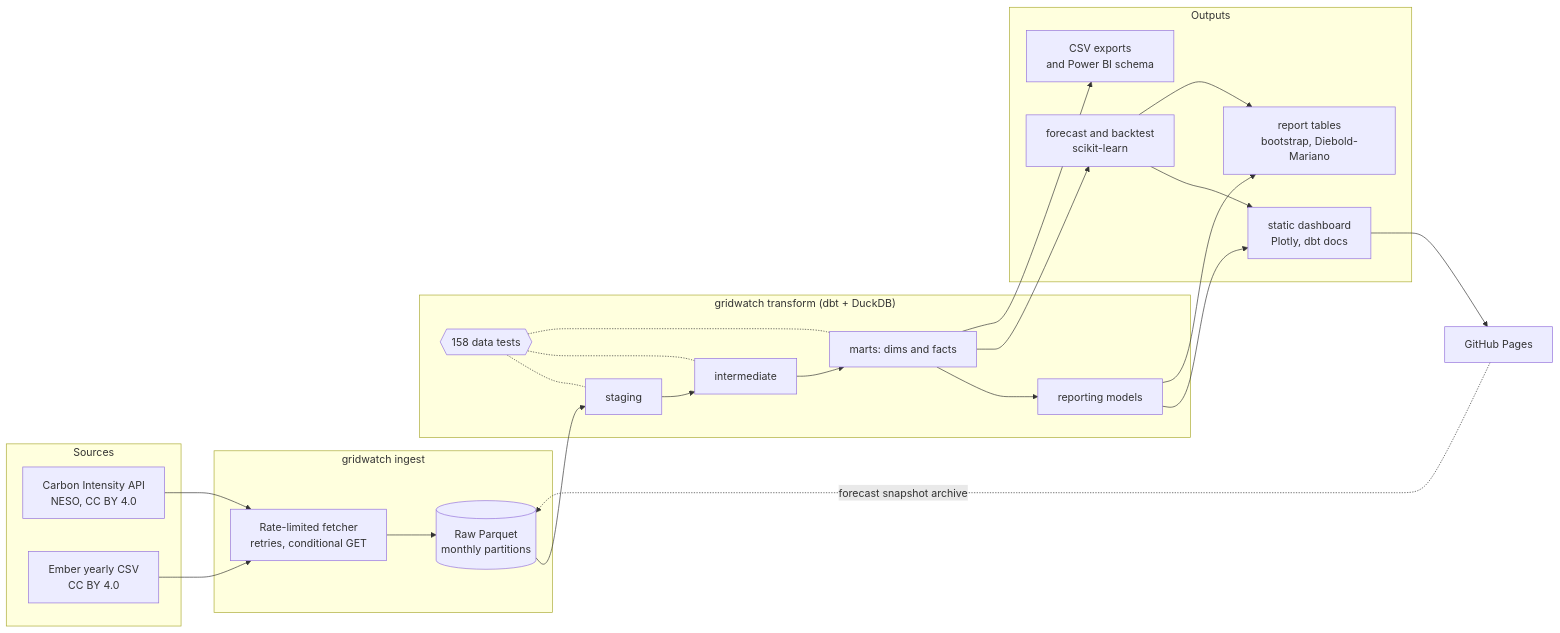
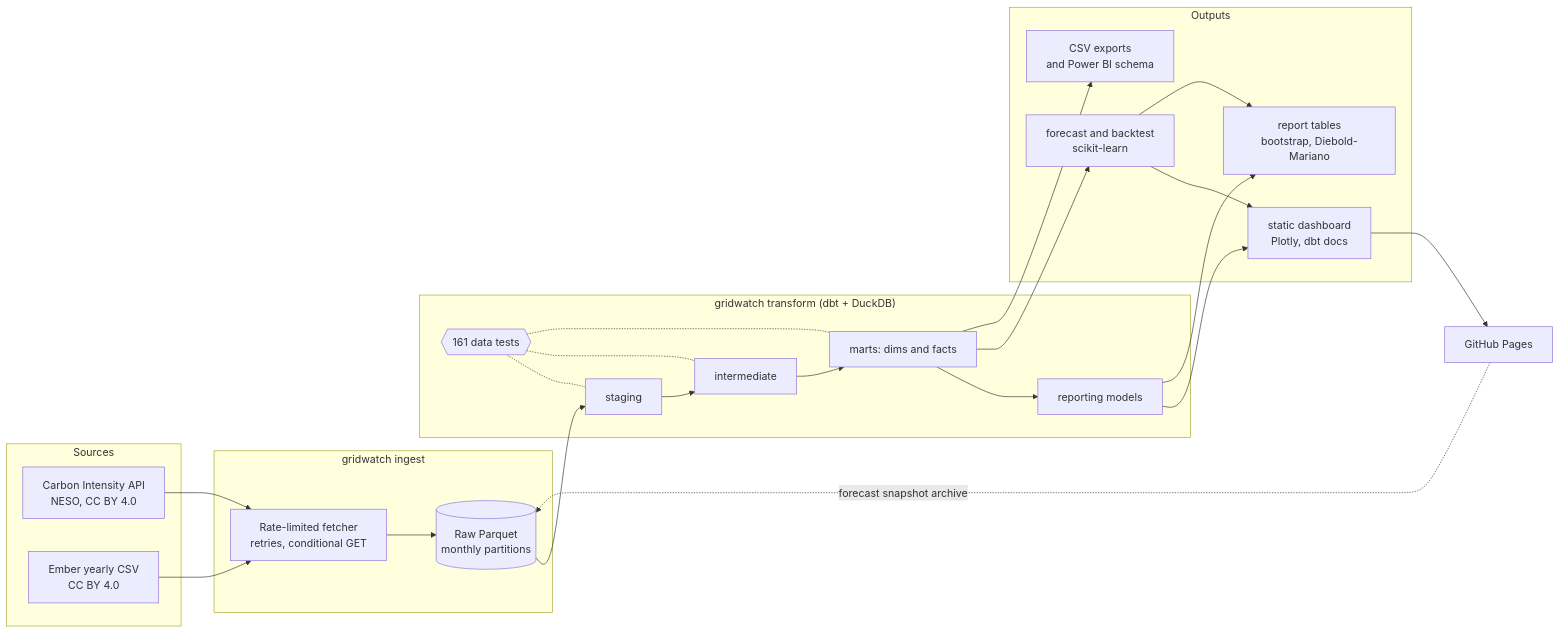
Before and after one commit to fasharif/gridwatch: the diagram in README.md, drawn with Mermaid. The commit also changed other lines of this file and 3 other files, not shown here.

````diff
--- a/README.md
+++ b/README.md
@@ -77,32 +79,32 @@
 ```mermaid
 flowchart LR
     subgraph Sources
         CI[Carbon Intensity API<br/>NESO, CC BY 4.0]
         EM[Ember yearly CSV<br/>CC BY 4.0]
     end
     subgraph Ingest["gridwatch ingest"]
         F[Rate-limited fetcher<br/>retries, conditional GET]
         R[(Raw Parquet<br/>monthly partitions)]
     end
     subgraph Warehouse["gridwatch transform (dbt + DuckDB)"]
         S[staging] --> I[intermediate] --> M[marts: dims and facts] --> RP[reporting models]
-        T{{158 data tests}} -.- S & I & M
+        T{{161 data tests}} -.- S & I & M
     end
     subgraph Outputs
         FC[forecast and backtest<br/>scikit-learn]
         RE[report tables<br/>bootstrap, Diebold-Mariano]
         D[static dashboard<br/>Plotly, dbt docs]
         X[CSV exports<br/>and Power BI schema]
     end
     CI --> F
     EM --> F
     F --> R --> S
     M --> FC
     RP --> D
     RP --> RE
     FC --> D
     FC --> RE
     M --> X
     D --> P[GitHub Pages]
     P -. forecast snapshot archive .-> R
 ```
````
